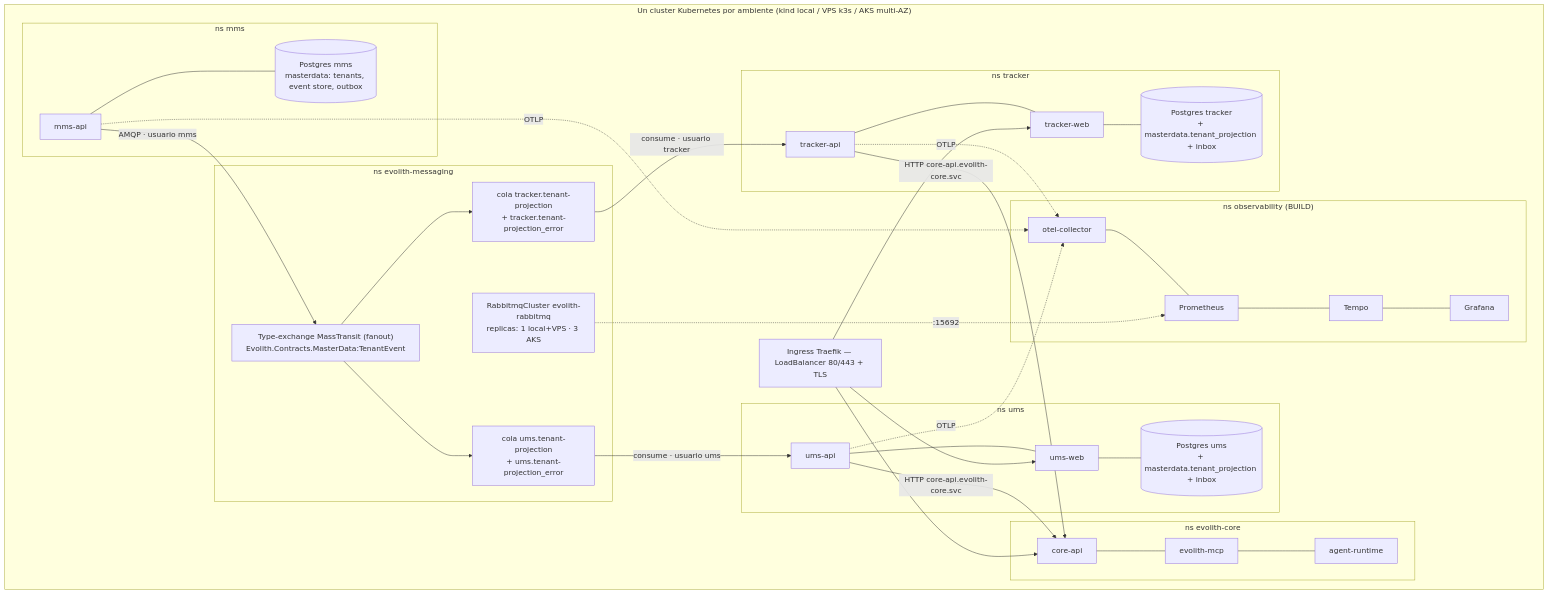
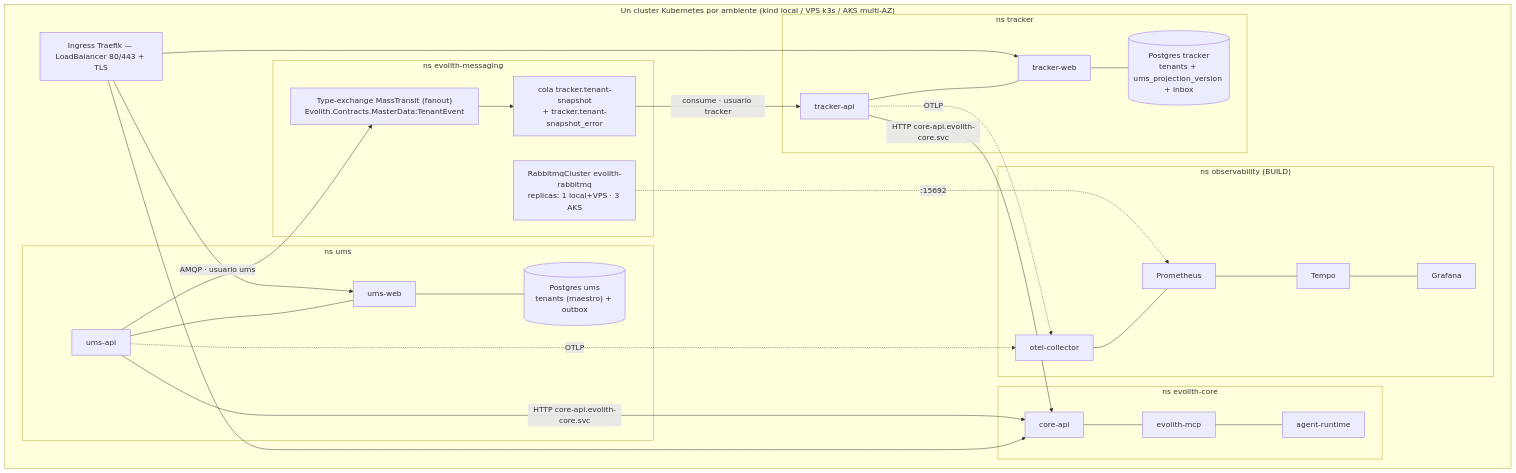
Before and after one commit to beyondnetcode/evolith_arch32: the second of 2 diagrams in product/suite/architecture/evolith-suite-deployment-strategy.es.md, drawn with Mermaid. The commit also changed other lines of this file and 1 other file, not shown here.

````diff
--- a/product/suite/architecture/evolith-suite-deployment-strategy.es.md
+++ b/product/suite/architecture/evolith-suite-deployment-strategy.es.md
@@ -80,35 +79,31 @@
 ```mermaid
 flowchart TB
   subgraph CLUSTER["Un cluster Kubernetes por ambiente (kind local / VPS k3s / AKS multi-AZ)"]
     LB["Ingress Traefik — LoadBalancer 80/443 + TLS"]
     subgraph NSMSG["ns evolith-messaging"]
       RMQ["RabbitmqCluster evolith-rabbitmq<br/>replicas: 1 local+VPS · 3 AKS"]
       EX["Type-exchange MassTransit (fanout)<br/>Evolith.Contracts.MasterData:TenantEvent"]
-      QU["cola ums.tenant-projection<br/>+ ums.tenant-projection_error"]
-      QT["cola tracker.tenant-projection<br/>+ tracker.tenant-projection_error"]
+      QT["cola tracker.tenant-snapshot<br/>+ tracker.tenant-snapshot_error"]
     end
     subgraph NSOBS["ns observability (BUILD)"]
       OTEL["otel-collector"] --- PROM["Prometheus"] --- TEMPO["Tempo"] --- GRAF["Grafana"]
     end
     subgraph NSCORE["ns evolith-core"]
       COREAPI["core-api"] --- MCP["evolith-mcp"] --- AGRT["agent-runtime"]
     end
-    subgraph NSMMS["ns mms"]
-      MMSAPI["mms-api"] --- MMSDB[("Postgres mms<br/>masterdata: tenants, event store, outbox")]
-    end
+
     subgraph NSUMS["ns ums"]
-      UMSAPI["ums-api"] --- UMSWEB["ums-web"] --- UMSDB[("Postgres ums<br/>+ masterdata.tenant_projection + inbox")]
+      UMSAPI["ums-api"] --- UMSWEB["ums-web"] --- UMSDB[("Postgres ums<br/>tenants (maestro) + outbox")]
     end
     subgraph NSTRK["ns tracker"]
-      TRKAPI["tracker-api"] --- TRKWEB["tracker-web"] --- TRKDB[("Postgres tracker<br/>+ masterdata.tenant_projection + inbox")]
+      TRKAPI["tracker-api"] --- TRKWEB["tracker-web"] --- TRKDB[("Postgres tracker<br/>tenants + ums_projection_version + inbox")]
     end
   end
   LB --> UMSWEB & TRKWEB & COREAPI
-  MMSAPI -->|"AMQP · usuario mms"| EX
-  EX --> QU & QT
-  QU -->|"consume · usuario ums"| UMSAPI
+  UMSAPI -->|"AMQP · usuario ums"| EX
+  EX --> QT
   QT -->|"consume · usuario tracker"| TRKAPI
   UMSAPI & TRKAPI -->|"HTTP core-api.evolith-core.svc"| COREAPI
-  MMSAPI & UMSAPI & TRKAPI -.->|OTLP| OTEL
+  UMSAPI & TRKAPI -.->|OTLP| OTEL
   RMQ -.->|":15692"| PROM
 ```
````
